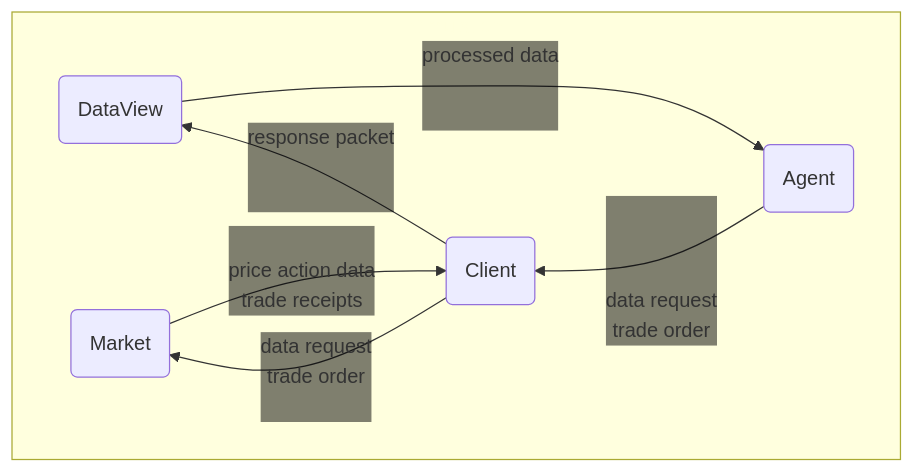
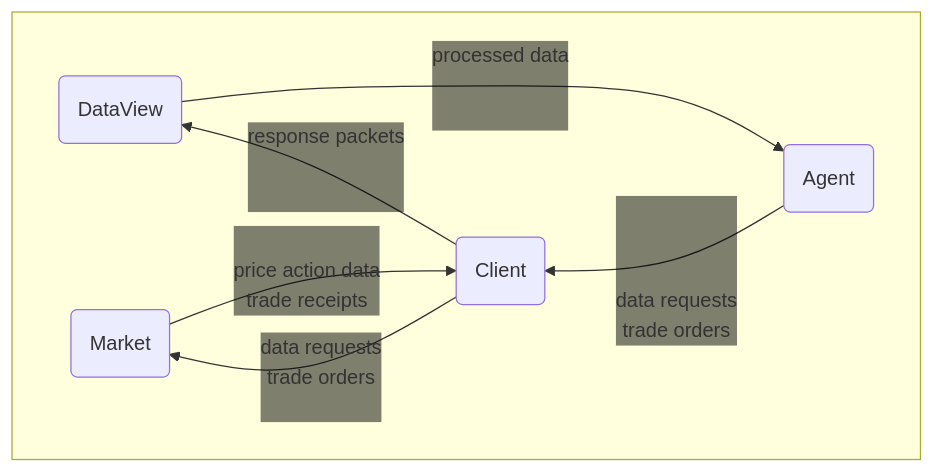
The third of 5 diagrams in README.md (ryancardenas/marketresearch), drawn with Mermaid before and after one commit. The commit also changed other lines of this file, not shown here.

Commit message:
Pluralize labels in Use Cases graphs of README.md

````diff
--- a/README.md
+++ b/README.md
@@ -49,13 +49,13 @@
 ```mermaid
 %%{init: {'theme': 'default', 'themeVariables': { 'titleColor': '#0000FF', 'edgeLabelBackground': 'transparent'}}}%%
 graph RL
     subgraph Simulation
     direction RL
-        SimulationAgent(Agent) -- <br><br><br>data request<br>trade order --> SimulationClient(Client)
-        SimulationClient -- response packet<br><br><br> --> SimulationDataView(DataView)
+        SimulationAgent(Agent) -- <br><br><br>data requests<br>trade orders --> SimulationClient(Client)
+        SimulationClient -- response packets<br><br><br> --> SimulationDataView(DataView)
         SimulationDataView -- processed data<br><br><br> --> SimulationAgent
-        SimulationClient -- data request<br>trade order<br><br> --> SimulationMarket(Market)
+        SimulationClient -- data requests<br>trade orders<br><br> --> SimulationMarket(Market)
         SimulationMarket -- <br>price action data<br>trade receipts --> SimulationClient
     end
     style Simulation color:#ffffde
 ```
````
